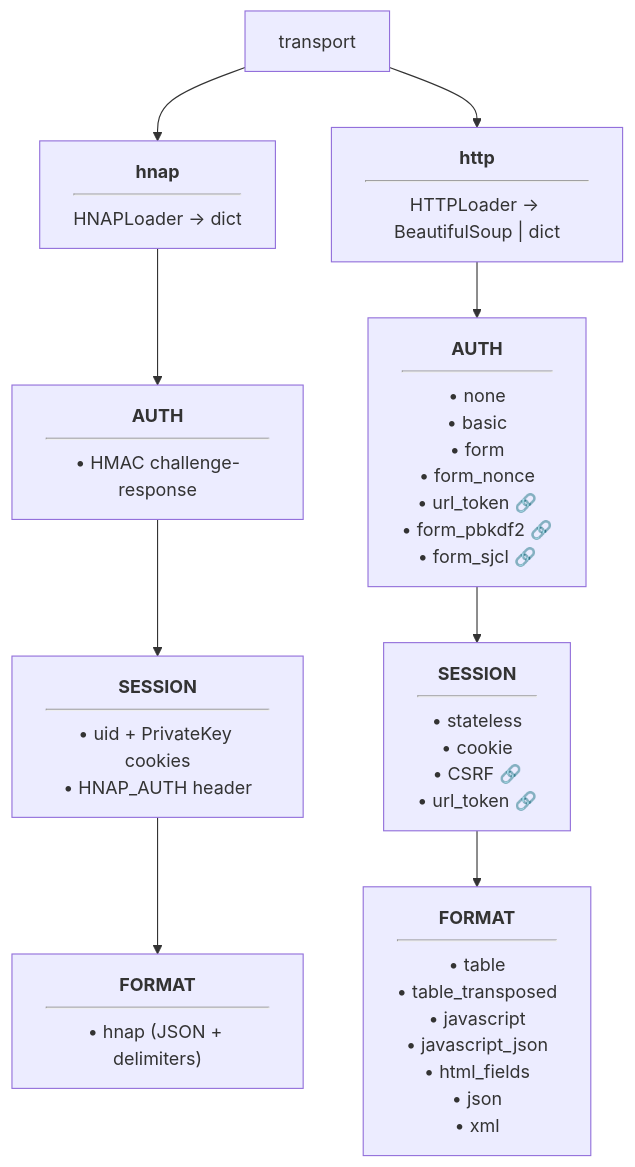
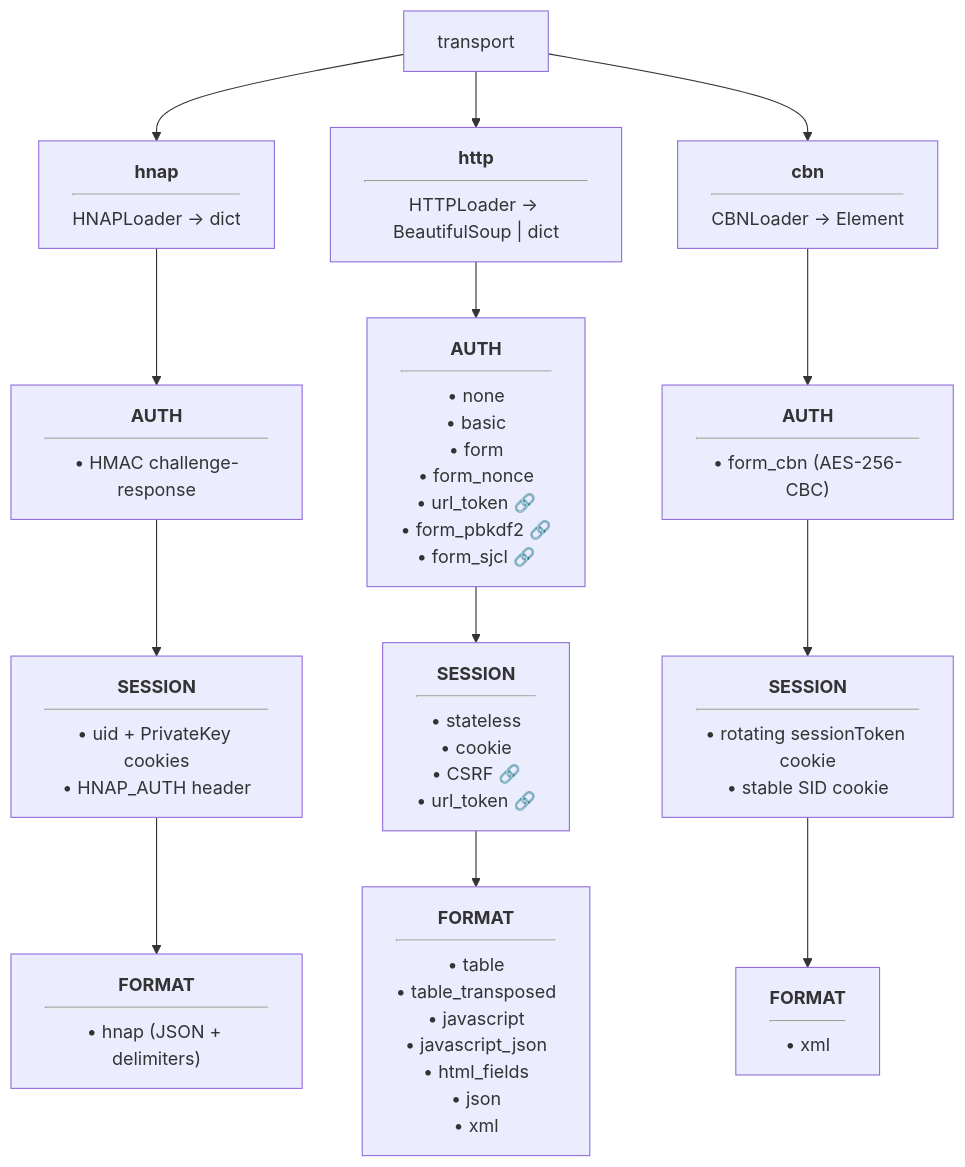
Before and after one commit to solentlabs/cable_modem_monitor: the second of 2 diagrams in packages/cable_modem_monitor_core/docs/ARCHITECTURE.md, drawn with Mermaid. The commit also changed other lines of this file and 59 other files, not shown here.

````diff
--- a/packages/cable_modem_monitor_core/docs/ARCHITECTURE.md
+++ b/packages/cable_modem_monitor_core/docs/ARCHITECTURE.md
@@ -208,13 +208,18 @@
 ```mermaid
 graph TD
     T[transport] --> HNAP["<b>hnap</b><hr/>HNAPLoader → dict"]
     T --> HTTP["<b>http</b><hr/>HTTPLoader → BeautifulSoup | dict"]
+    T --> CBN["<b>cbn</b><hr/>CBNLoader → Element"]
 
     HNAP --> HA["<b>AUTH</b><hr/>• HMAC challenge-response"]
     HA --> HS["<b>SESSION</b><hr/>• uid + PrivateKey cookies<br/>• HNAP_AUTH header"]
     HS --> HF["<b>FORMAT</b><hr/>• hnap (JSON + delimiters)"]
 
     HTTP --> HTA["<b>AUTH</b><hr/>• none<br/>• basic<br/>• form<br/>• form_nonce<br/>• url_token 🔗<br/>• form_pbkdf2 🔗<br/>• form_sjcl 🔗"]
     HTA --> HTS["<b>SESSION</b><hr/>• stateless<br/>• cookie<br/>• CSRF 🔗<br/>• url_token 🔗"]
     HTS --> HTF["<b>FORMAT</b><hr/>• table<br/>• table_transposed<br/>• javascript<br/>• javascript_json<br/>• html_fields<br/>• json<br/>• xml"]
+
+    CBN --> CA["<b>AUTH</b><hr/>• form_cbn (AES-256-CBC)"]
+    CA --> CS["<b>SESSION</b><hr/>• rotating sessionToken cookie<br/>• stable SID cookie"]
+    CS --> CF["<b>FORMAT</b><hr/>• xml"]
 ```
````
